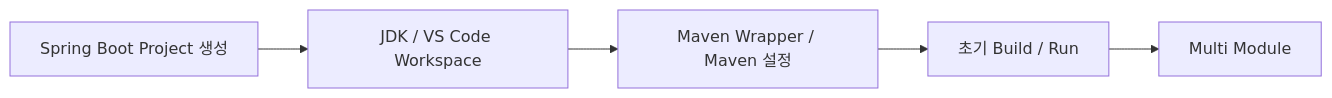
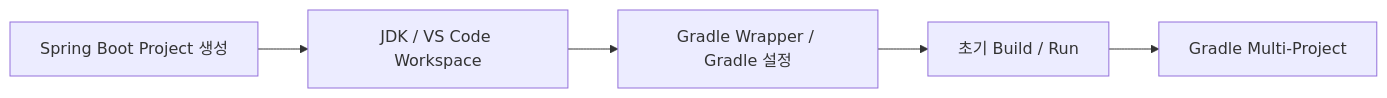
Before and after one commit to Team-Microserver/microserver-docs: the first of 3 diagrams in docs/01_project_start/03_project_creation/project_environment/project_jdk_vscode_setup.md, drawn with Mermaid. The commit also changed other lines of this file and 30 other files, not shown here.

````diff
--- a/docs/01_project_start/03_project_creation/project_environment/project_jdk_vscode_setup.md
+++ b/docs/01_project_start/03_project_creation/project_environment/project_jdk_vscode_setup.md
@@ -29,7 +29,7 @@
 ```mermaid
 flowchart LR
     A[Spring Boot Project 생성] --> B[JDK / VS Code Workspace]
-    B --> C[Maven Wrapper / Maven 설정]
+    B --> C[Gradle Wrapper / Gradle 설정]
     C --> D[초기 Build / Run]
-    D --> E[Multi Module]
+    D --> E[Gradle Multi-Project]
 ```
````
